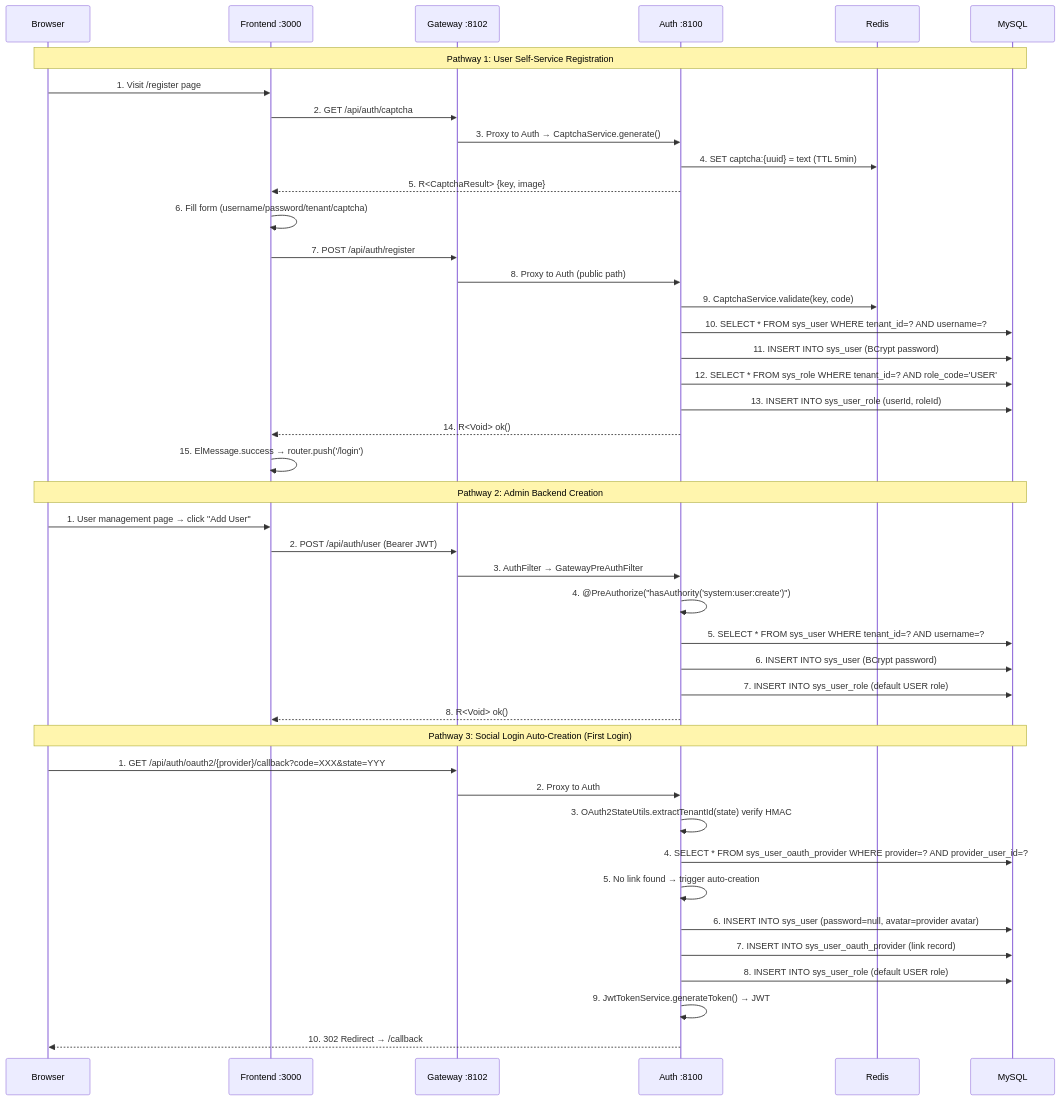
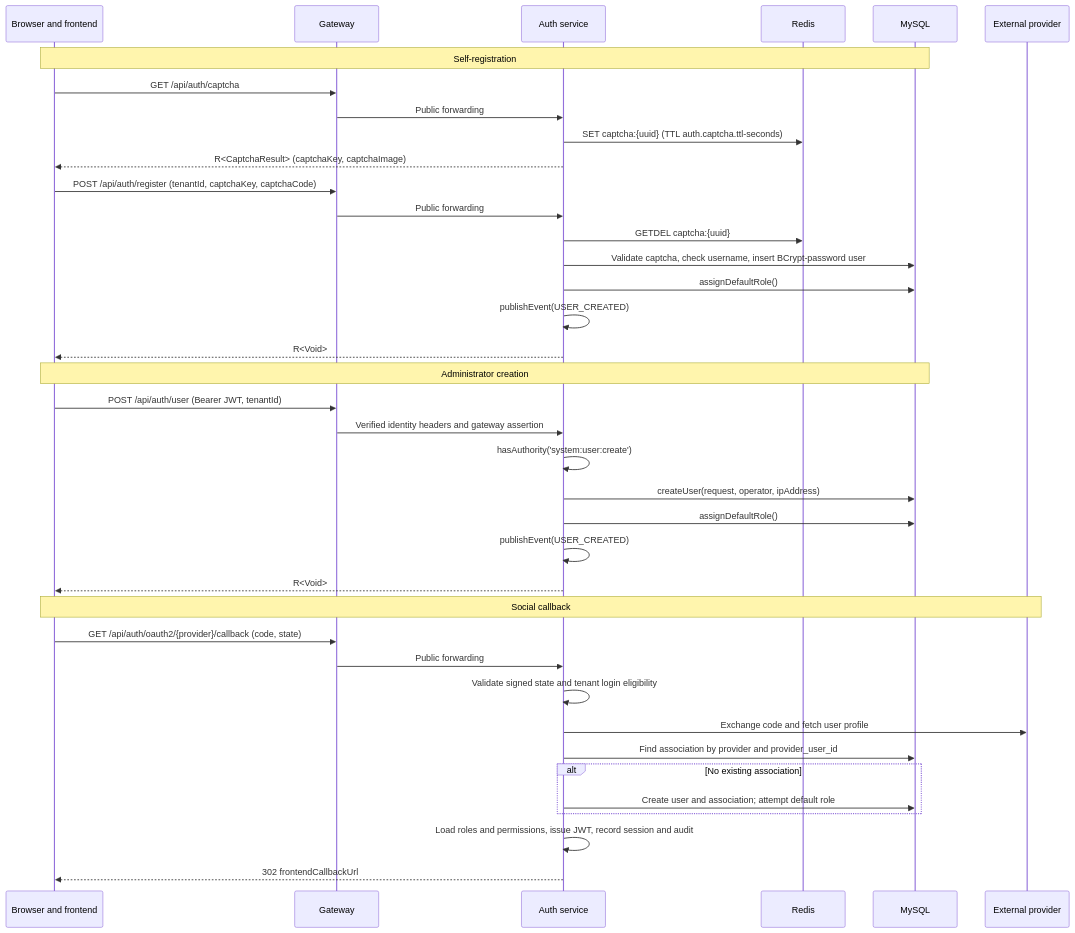
The seventh of 21 diagrams in docs/core-flows.en.md (wang-baohai/Omni-Stack), drawn with Mermaid before and after one commit. The commit also changed other lines of this file and 1095 other files, not shown here.

````diff
--- a/docs/core-flows.en.md
+++ b/docs/core-flows.en.md
@@ -825,48 +683,40 @@
 ```mermaid
 sequenceDiagram
-    participant B as Browser
-    participant F as Frontend :3000
-    participant G as Gateway :8102
-    participant A as Auth :8100
+    participant C as Browser and frontend
+    participant G as Gateway
+    participant A as Auth service
     participant R as Redis
-    participant M as MySQL
-
-    Note over B,M: Pathway 1: User Self-Service Registration
-    B->>F: 1. Visit /register page
-    F->>G: 2. GET /api/auth/captcha
-    G->>A: 3. Proxy to Auth → CaptchaService.generate()
-    A->>R: 4. SET captcha:{uuid} = text (TTL 5min)
-    A-->>F: 5. R<CaptchaResult> {key, image}
-    F->>F: 6. Fill form (username/password/tenant/captcha)
-    F->>G: 7. POST /api/auth/register
-    G->>A: 8. Proxy to Auth (public path)
-    A->>R: 9. CaptchaService.validate(key, code)
-    A->>M: 10. SELECT * FROM sys_user WHERE tenant_id=? AND username=?
-    A->>M: 11. INSERT INTO sys_user (BCrypt password)
-    A->>M: 12. SELECT * FROM sys_role WHERE tenant_id=? AND role_code='USER'
-    A->>M: 13. INSERT INTO sys_user_role (userId, roleId)
-    A-->>F: 14. R<Void> ok()
-    F->>F: 15. ElMessage.success → router.push('/login')
-
-    Note over B,M: Pathway 2: Admin Backend Creation
-    B->>F: 1. User management page → click "Add User"
-    F->>G: 2. POST /api/auth/user (Bearer JWT)
-    G->>A: 3. AuthFilter → GatewayPreAuthFilter
-    A->>A: 4. @PreAuthorize("hasAuthority('system:user:create')")
-    A->>M: 5. SELECT * FROM sys_user WHERE tenant_id=? AND username=?
-    A->>M: 6. INSERT INTO sys_user (BCrypt password)
-    A->>M: 7. INSERT INTO sys_user_role (default USER role)
-    A-->>F: 8. R<Void> ok()
-
-    Note over B,M: Pathway 3: Social Login Auto-Creation (First Login)
-    B->>G: 1. GET /api/auth/oauth2/{provider}/callback?code=XXX&state=YYY
-    G->>A: 2. Proxy to Auth
-    A->>A: 3. OAuth2StateUtils.extractTenantId(state) verify HMAC
-    A->>M: 4. SELECT * FROM sys_user_oauth_provider WHERE provider=? AND provider_user_id=?
-    A->>A: 5. No link found → trigger auto-creation
-    A->>M: 6. INSERT INTO sys_user (password=null, avatar=provider avatar)
-    A->>M: 7. INSERT INTO sys_user_oauth_provider (link record)
-    A->>M: 8. INSERT INTO sys_user_role (default USER role)
-    A->>A: 9. JwtTokenService.generateToken() → JWT
-    A-->>B: 10. 302 Redirect → /callback#token=JWT
+    participant D as MySQL
+    participant P as External provider
+    Note over C,D: Self-registration
+    C->>G: GET /api/auth/captcha
+    G->>A: Public forwarding
+    A->>R: SET captcha:{uuid} (TTL auth.captcha.ttl-seconds)
+    A-->>C: R<CaptchaResult> (captchaKey, captchaImage)
+    C->>G: POST /api/auth/register (tenantId, captchaKey, captchaCode)
+    G->>A: Public forwarding
+    A->>R: GETDEL captcha:{uuid}
+    A->>D: Validate captcha, check username, insert BCrypt-password user
+    A->>D: assignDefaultRole()
+    A->>A: publishEvent(USER_CREATED)
+    A-->>C: R<Void>
+    Note over C,D: Administrator creation
+    C->>G: POST /api/auth/user (Bearer JWT, tenantId)
+    G->>A: Verified identity headers and gateway assertion
+    A->>A: hasAuthority('system:user:create')
+    A->>D: createUser(request, operator, ipAddress)
+    A->>D: assignDefaultRole()
+    A->>A: publishEvent(USER_CREATED)
+    A-->>C: R<Void>
+    Note over C,P: Social callback
+    C->>G: GET /api/auth/oauth2/{provider}/callback (code, state)
+    G->>A: Public forwarding
+    A->>A: Validate signed state and tenant login eligibility
+    A->>P: Exchange code and fetch user profile
+    A->>D: Find association by provider and provider_user_id
+    alt No existing association
+        A->>D: Create user and association#59; attempt default role
+    end
+    A->>A: Load roles and permissions, issue JWT, record session and audit
+    A-->>C: 302 frontendCallbackUrl#token=...&username=...
 ```
````
